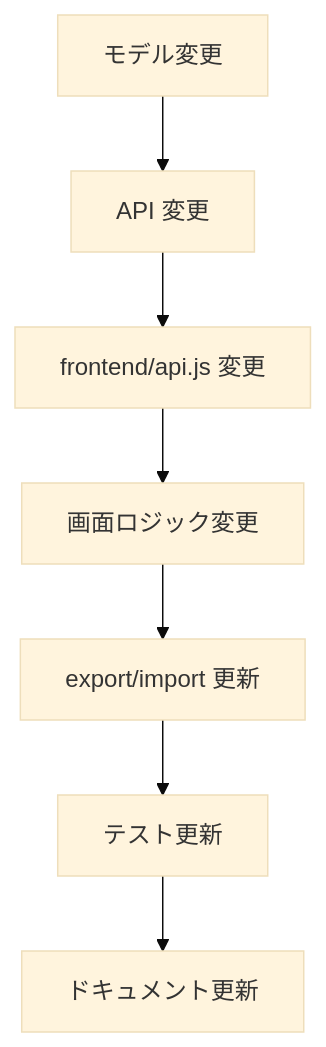
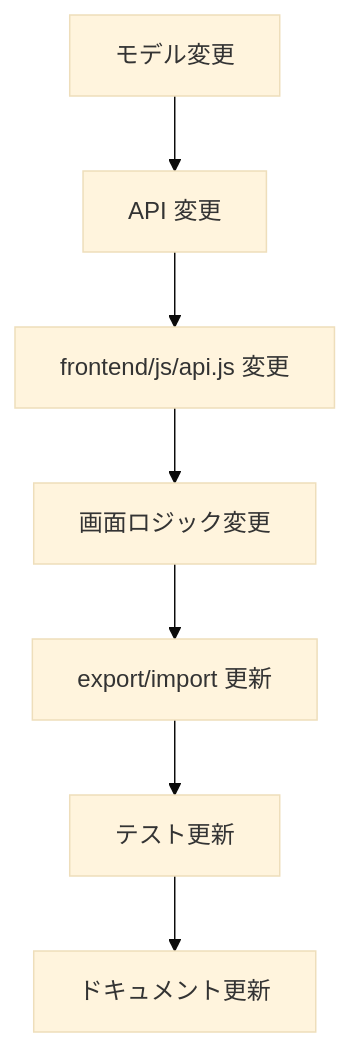
The seventh of 7 diagrams in SoftwareDesign.md (masakinakai3/Manage), drawn with Mermaid (base theme) before and after one commit. The commit also changed 30 other files, not shown here.

````diff
--- a/SoftwareDesign.md
+++ b/SoftwareDesign.md
@@ -367,9 +367,9 @@
 ```mermaid
 flowchart TD
     A["モデル変更"] --> B["API 変更"]
-    B --> C["frontend/api.js 変更"]
+    B --> C["frontend/js/api.js 変更"]
     C --> D["画面ロジック変更"]
     D --> E["export/import 更新"]
     E --> F["テスト更新"]
     F --> G["ドキュメント更新"]
 ```
````
